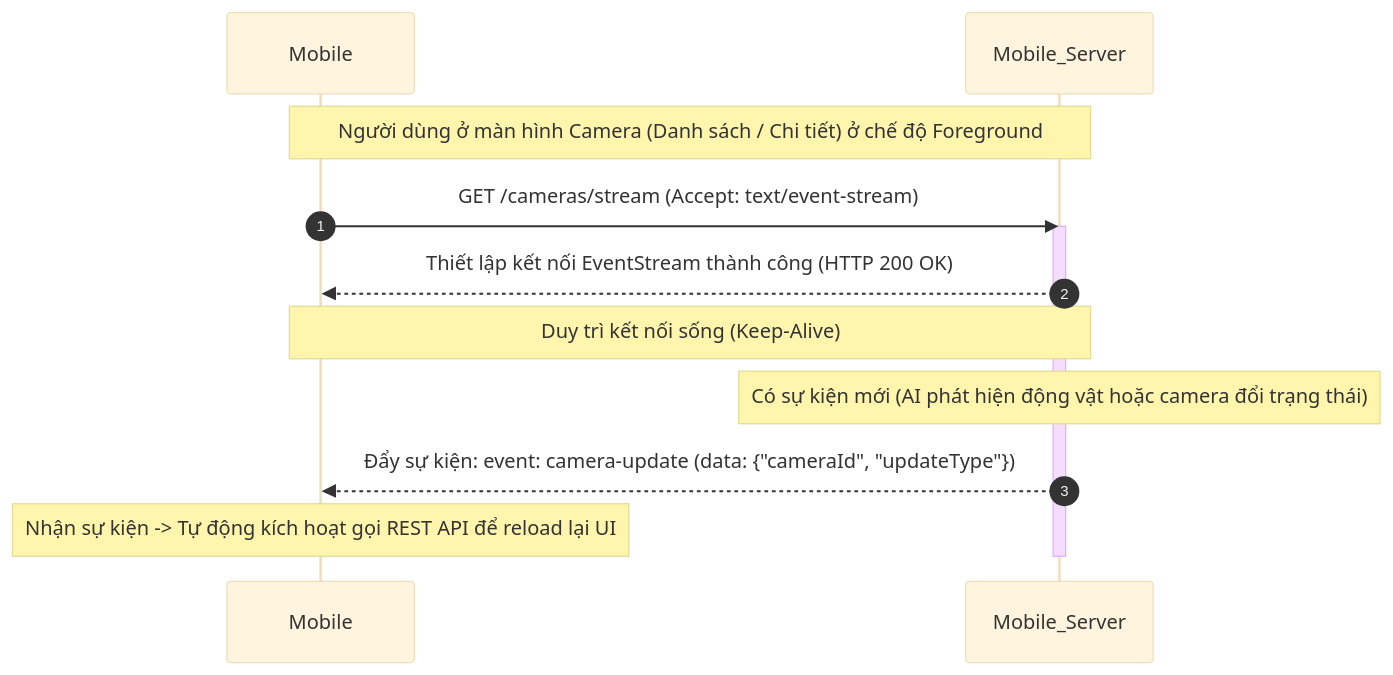
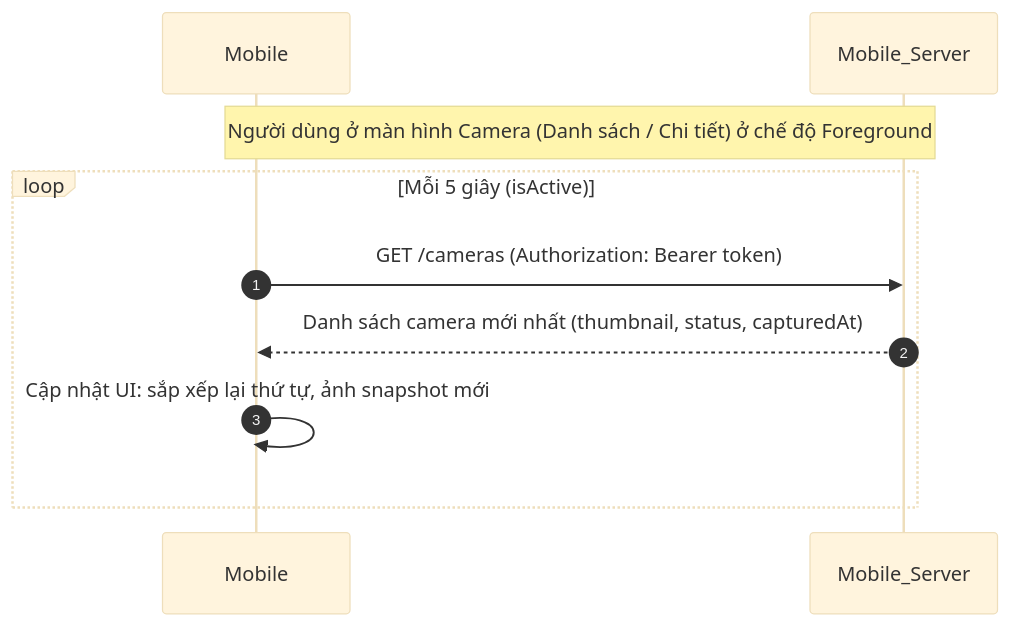
The sixth of 20 diagrams in docs/04-sequence-diagram.md (trungnguyenthien/Wildlife-Warning-and-Deterrence-System), drawn with Mermaid (base theme) before and after one commit. The commit also changed other lines of this file and 10 other files, not shown here.

Commit message:
refactor: replace SSE with interval-based polling for camera updates in mobile viewmodels

````diff
--- a/docs/04-sequence-diagram.md
+++ b/docs/04-sequence-diagram.md
@@ -243,19 +245,13 @@
 ```mermaid
 sequenceDiagram
     autonumber
     participant Mobile as Mobile
     participant Mobile_Server as Mobile_Server
 
     Note over Mobile, Mobile_Server: Người dùng ở màn hình Camera (Danh sách / Chi tiết) ở chế độ Foreground
-    Mobile->>Mobile_Server: GET /cameras/stream (Accept: text/event-stream)
-    activate Mobile_Server
-    Mobile_Server-->>Mobile: Thiết lập kết nối EventStream thành công (HTTP 200 OK)
-    
-    Note over Mobile, Mobile_Server: Duy trì kết nối sống (Keep-Alive)
-    
-    Note over Mobile_Server: Có sự kiện mới (AI phát hiện động vật hoặc camera đổi trạng thái)
-    Mobile_Server-->>Mobile: Đẩy sự kiện: event: camera-update (data: {"cameraId", "updateType"})
-    
-    Note over Mobile: Nhận sự kiện -> Tự động kích hoạt gọi REST API để reload lại UI
-    deactivate Mobile_Server
+    loop Mỗi 5 giây (isActive)
+        Mobile->>Mobile_Server: GET /cameras (Authorization: Bearer token)
+        Mobile_Server-->>Mobile: Danh sách camera mới nhất (thumbnail, status, capturedAt)
+        Mobile->>Mobile: Cập nhật UI: sắp xếp lại thứ tự, ảnh snapshot mới
+    end
 ```
````
